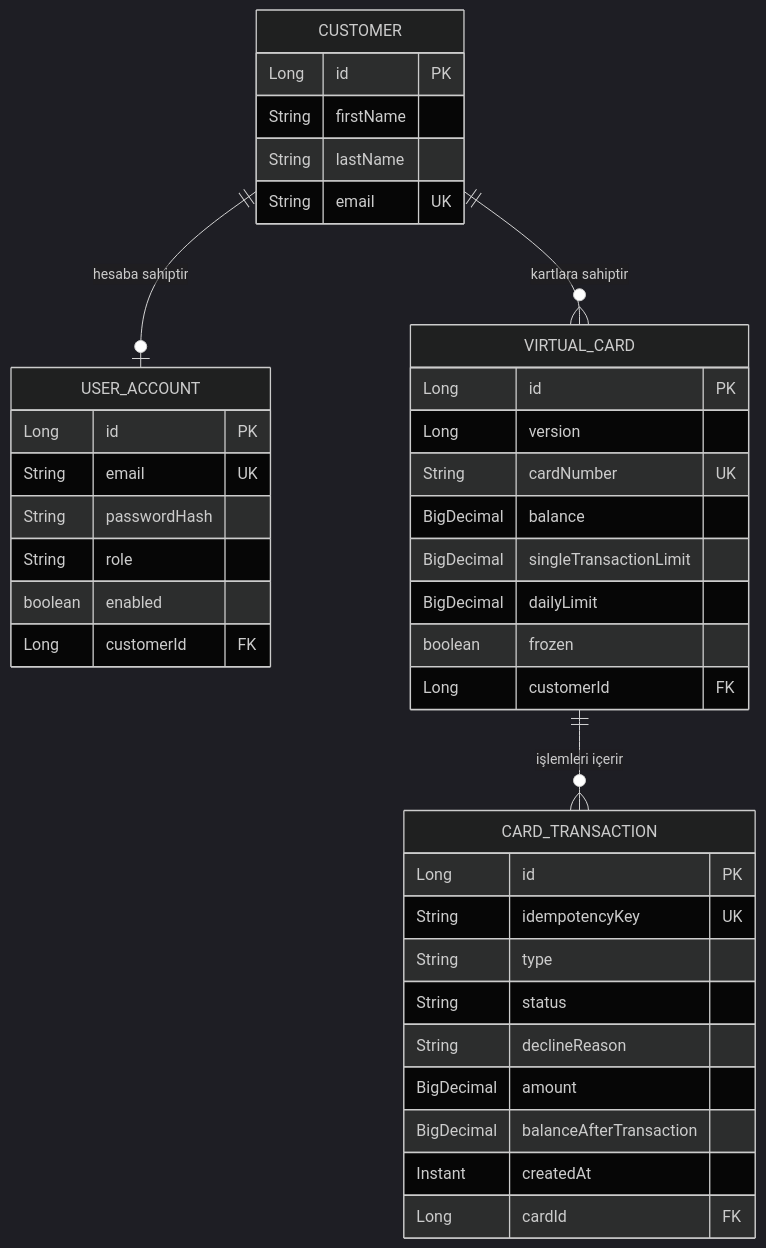
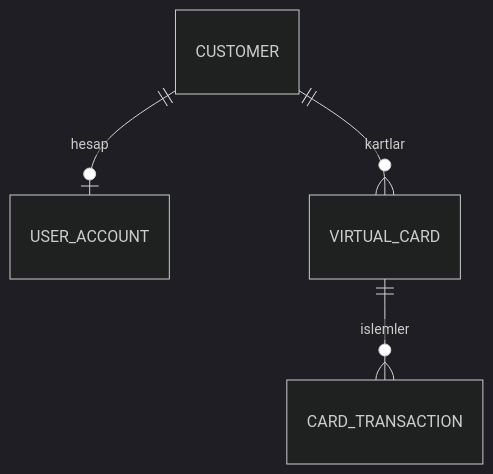
Before and after one commit to onurerkoc-dev/payguard: the second of 3 diagrams in README.md, drawn with Mermaid (dark theme). The commit also changed other lines of this file and 9 other files, not shown here.

````diff
--- a/README.md
+++ b/README.md
@@ -91,45 +119,6 @@
 ```mermaid
 erDiagram
-    CUSTOMER ||--o| USER_ACCOUNT : "hesaba sahiptir"
-    CUSTOMER ||--o{ VIRTUAL_CARD : "kartlara sahiptir"
-    VIRTUAL_CARD ||--o{ CARD_TRANSACTION : "işlemleri içerir"
-
-    CUSTOMER {
-        Long id PK
-        String firstName
-        String lastName
-        String email UK
-    }
-
-    USER_ACCOUNT {
-        Long id PK
-        String email UK
-        String passwordHash
-        String role
-        boolean enabled
-        Long customerId FK
-    }
-
-    VIRTUAL_CARD {
-        Long id PK
-        Long version
-        String cardNumber UK
-        BigDecimal balance
-        BigDecimal singleTransactionLimit
-        BigDecimal dailyLimit
-        boolean frozen
-        Long customerId FK
-    }
-
-    CARD_TRANSACTION {
-        Long id PK
-        String idempotencyKey UK
-        String type
-        String status
-        String declineReason
-        BigDecimal amount
-        BigDecimal balanceAfterTransaction
-        Instant createdAt
-        Long cardId FK
-    }
+    CUSTOMER ||--o| USER_ACCOUNT : "hesap"
+    CUSTOMER ||--o{ VIRTUAL_CARD : "kartlar"
+    VIRTUAL_CARD ||--o{ CARD_TRANSACTION : "islemler"
 ```
````
